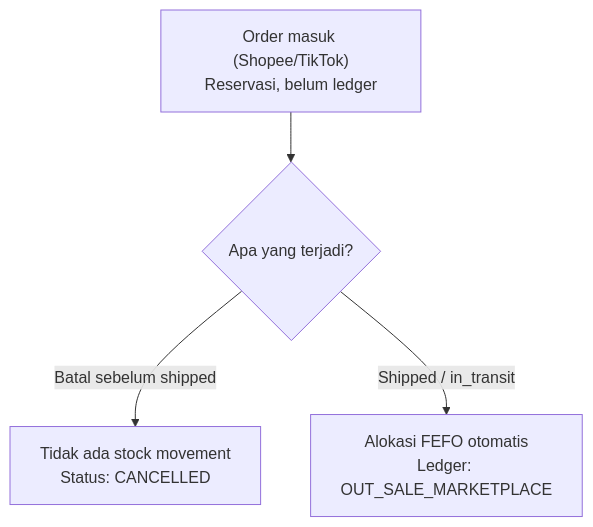
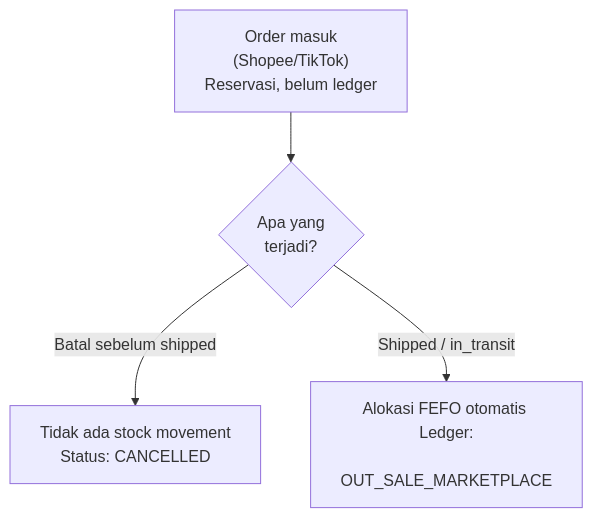
Before and after one commit to damosfxa/Celo_Skincare: the first of 3 diagrams in README.md, drawn with Mermaid. The commit also changed other lines of this file, not shown here.

Commit message:
docs: fix mermaid text truncation with line breaks

````diff
--- a/README.md
+++ b/README.md
@@ -47,6 +47,6 @@
 ```mermaid
 flowchart TD
-    A["Order masuk (Shopee/TikTok)<br/>Reservasi, belum ledger"] --> B{Apa yang terjadi?}
-    B -->|Batal sebelum shipped| C["Tidak ada stock movement<br/>Status: CANCELLED"]
-    B -->|Shipped / in_transit| D["Alokasi FEFO otomatis<br/>Ledger: OUT_SALE_MARKETPLACE"]
+    A[" Order masuk <br/> (Shopee/TikTok) <br/> Reservasi, belum ledger "] --> B{ Apa yang <br/> terjadi? }
+    B -->|Batal sebelum shipped| C[" Tidak ada stock movement <br/> Status: CANCELLED "]
+    B -->|Shipped / in_transit| D[" Alokasi FEFO otomatis <br/> Ledger: <br/> OUT_SALE_MARKETPLACE "]
 ```
````
